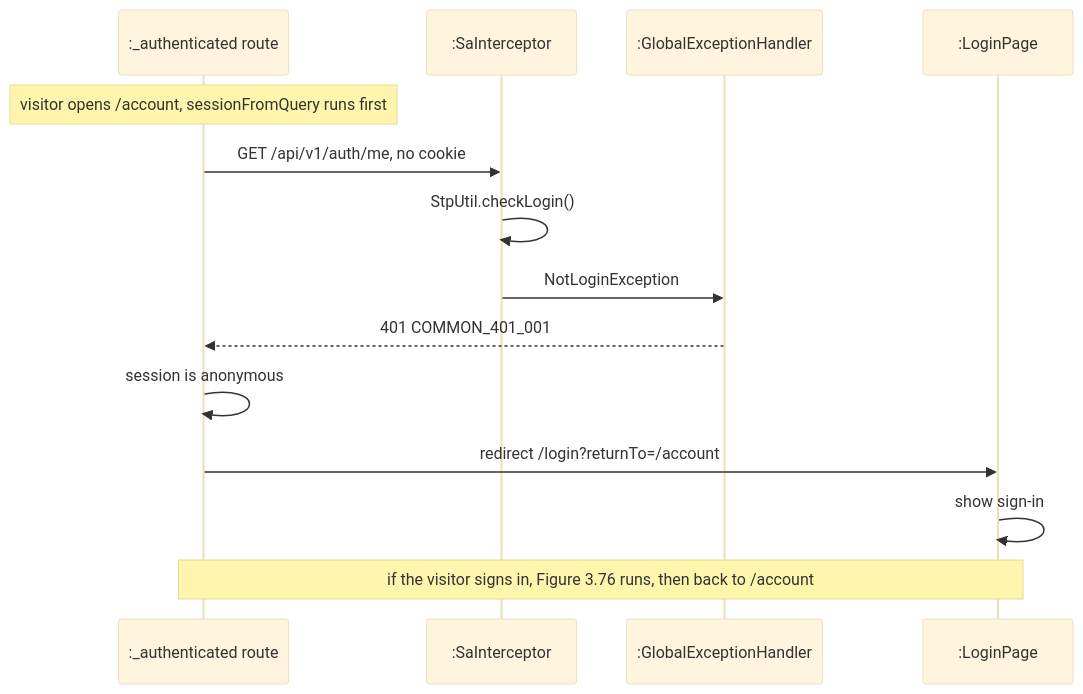
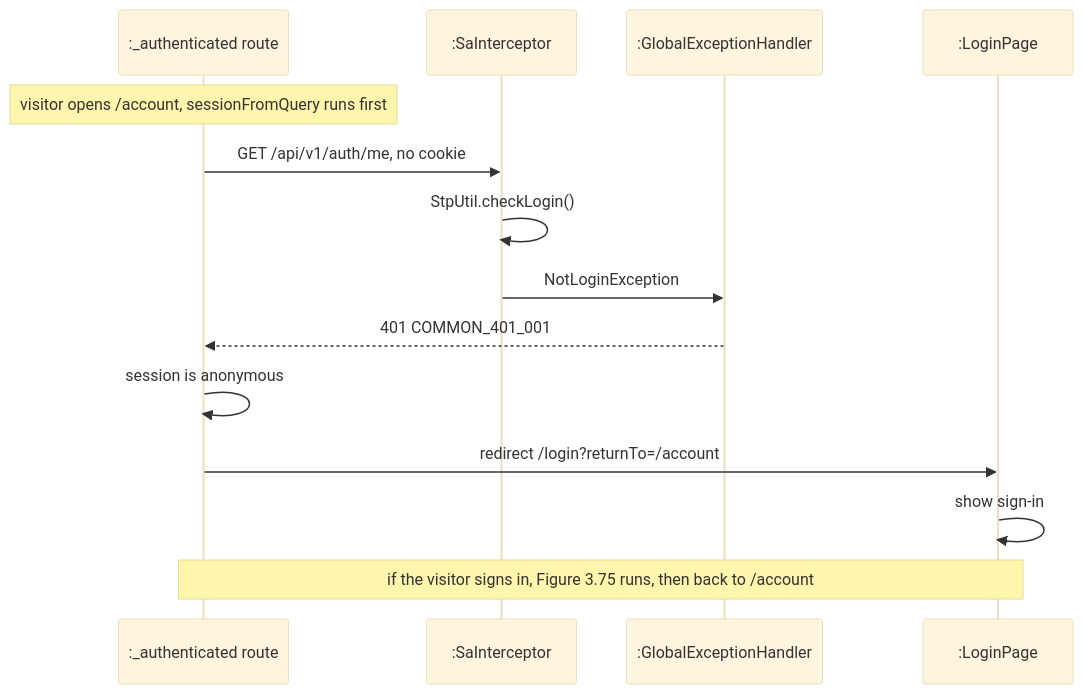
Before and after one commit to PPsyrius/iss-groupbuy-team8: diagram 18 of 18 in docs/swe5006/report/sections/03-4-3-pan.md, drawn with Mermaid (base theme). The commit also changed other lines of this file and 5 other files, not shown here.

````diff
--- a/docs/swe5006/report/sections/03-4-3-pan.md
+++ b/docs/swe5006/report/sections/03-4-3-pan.md
@@ -723,16 +723,16 @@
 ```mermaid
 sequenceDiagram
     participant G as :_authenticated route
     participant SI as :SaInterceptor
     participant EH as :GlobalExceptionHandler
     participant LP as :LoginPage
     Note over G: visitor opens /account, sessionFromQuery runs first
     G->>SI: GET /api/v1/auth/me, no cookie
     SI->>SI: StpUtil.checkLogin()
     SI->>EH: NotLoginException
     EH-->>G: 401 COMMON_401_001
     G->>G: session is anonymous
     G->>LP: redirect /login?returnTo=/account
     LP->>LP: show sign-in
-    Note over G,LP: if the visitor signs in, Figure 3.76 runs, then back to /account
+    Note over G,LP: if the visitor signs in, Figure 3.75 runs, then back to /account
 ```
````
